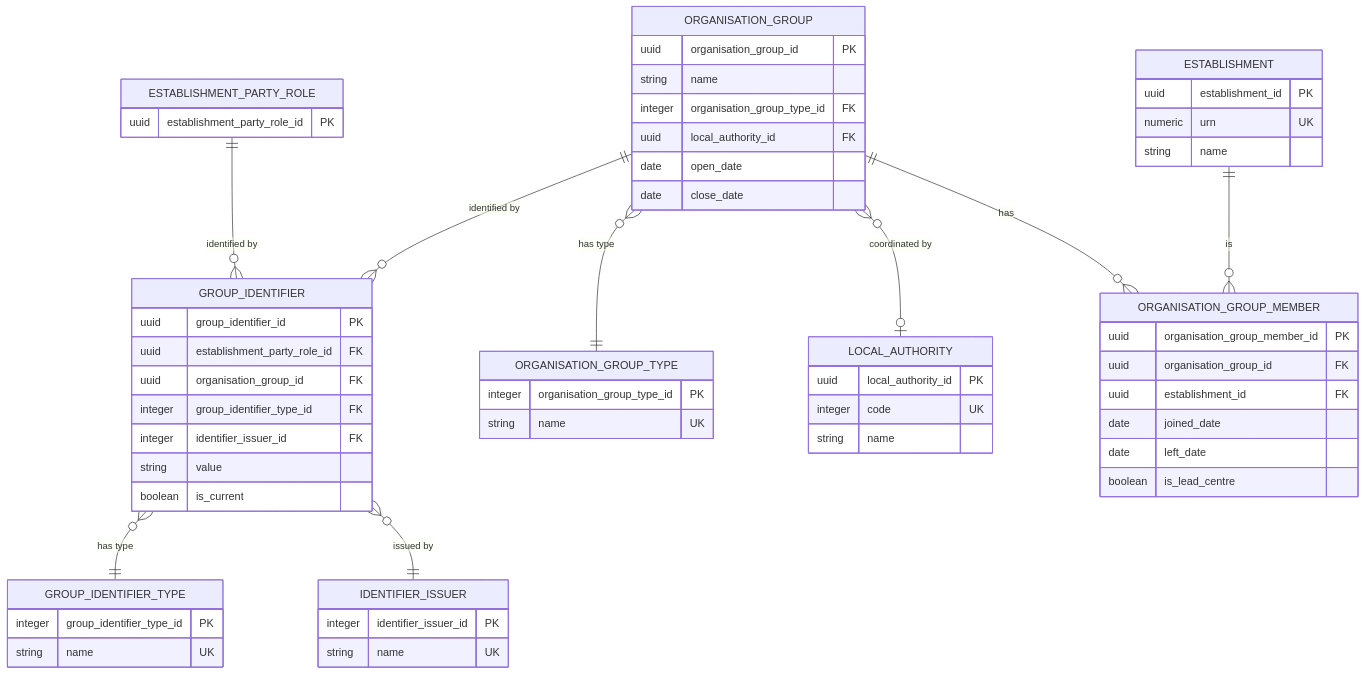
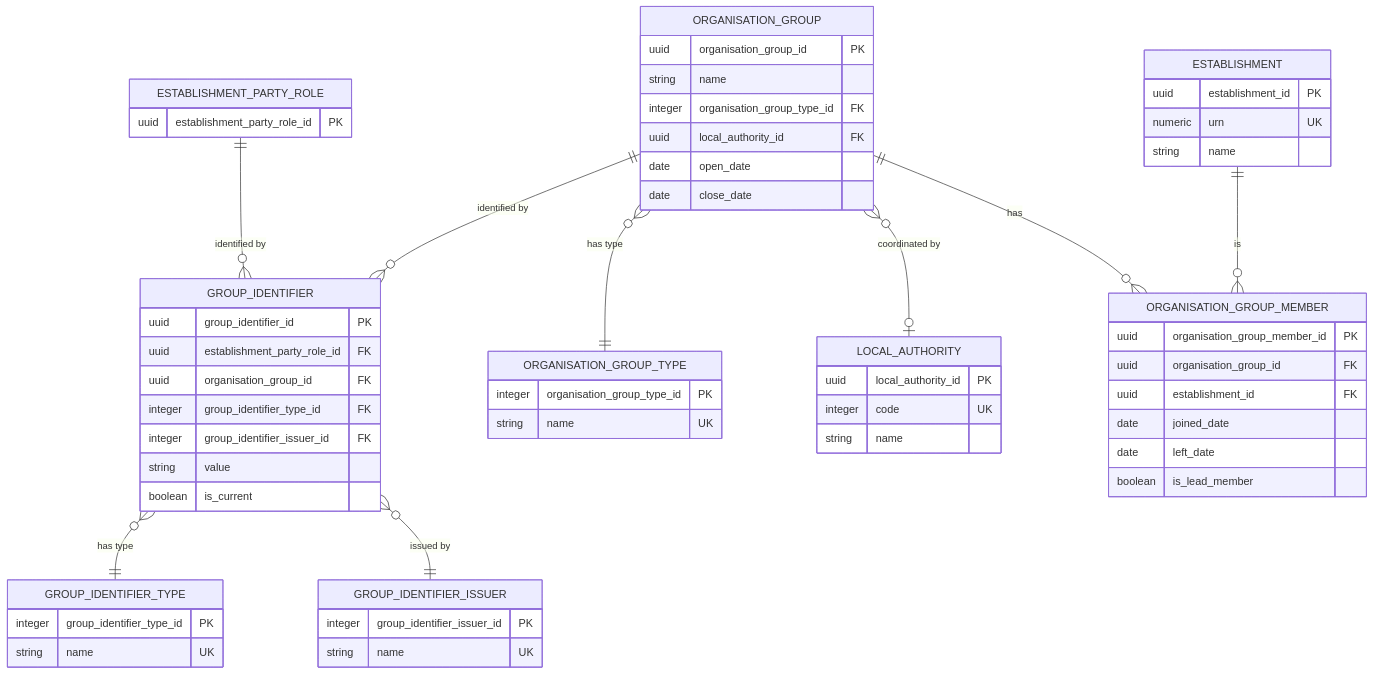
Before and after one commit to DFE-Digital/education-provider-registry-docs: the second of 2 diagrams in models/logical/establishment/establishment-groups-logical-model.md, drawn with Mermaid. The commit also changed other lines of this file and 49 other files, not shown here.

````diff
--- a/models/logical/establishment/establishment-groups-logical-model.md
+++ b/models/logical/establishment/establishment-groups-logical-model.md
@@ -499,62 +504,62 @@
 ```mermaid
 erDiagram
     ESTABLISHMENT_PARTY_ROLE ||--o{ GROUP_IDENTIFIER : "identified by"
     ORGANISATION_GROUP ||--o{ GROUP_IDENTIFIER : "identified by"
     GROUP_IDENTIFIER }o--|| GROUP_IDENTIFIER_TYPE : "has type"
-    GROUP_IDENTIFIER }o--|| IDENTIFIER_ISSUER : "issued by"
+    GROUP_IDENTIFIER }o--|| GROUP_IDENTIFIER_ISSUER : "issued by"
     ORGANISATION_GROUP }o--|| ORGANISATION_GROUP_TYPE : "has type"
     ORGANISATION_GROUP }o--o| LOCAL_AUTHORITY : "coordinated by"
     ORGANISATION_GROUP ||--o{ ORGANISATION_GROUP_MEMBER : "has"
     ESTABLISHMENT ||--o{ ORGANISATION_GROUP_MEMBER : "is"
 
     ESTABLISHMENT_PARTY_ROLE {
         uuid establishment_party_role_id PK
     }
     ORGANISATION_GROUP {
         uuid organisation_group_id PK
         string name
         integer organisation_group_type_id FK
         uuid local_authority_id FK
         date open_date
         date close_date
     }
     ORGANISATION_GROUP_TYPE {
         integer organisation_group_type_id PK
         string name UK
     }
     ORGANISATION_GROUP_MEMBER {
         uuid organisation_group_member_id PK
         uuid organisation_group_id FK
         uuid establishment_id FK
         date joined_date
         date left_date
-        boolean is_lead_centre
+        boolean is_lead_member
     }
     GROUP_IDENTIFIER {
         uuid group_identifier_id PK
         uuid establishment_party_role_id FK
         uuid organisation_group_id FK
         integer group_identifier_type_id FK
-        integer identifier_issuer_id FK
+        integer group_identifier_issuer_id FK
         string value
         boolean is_current
     }
     GROUP_IDENTIFIER_TYPE {
         integer group_identifier_type_id PK
         string name UK
     }
-    IDENTIFIER_ISSUER {
-        integer identifier_issuer_id PK
+    GROUP_IDENTIFIER_ISSUER {
+        integer group_identifier_issuer_id PK
         string name UK
     }
     ESTABLISHMENT {
         uuid establishment_id PK
         numeric urn UK
         string name
     }
     LOCAL_AUTHORITY {
         uuid local_authority_id PK
         integer code UK
         string name
     }
 ```
````
